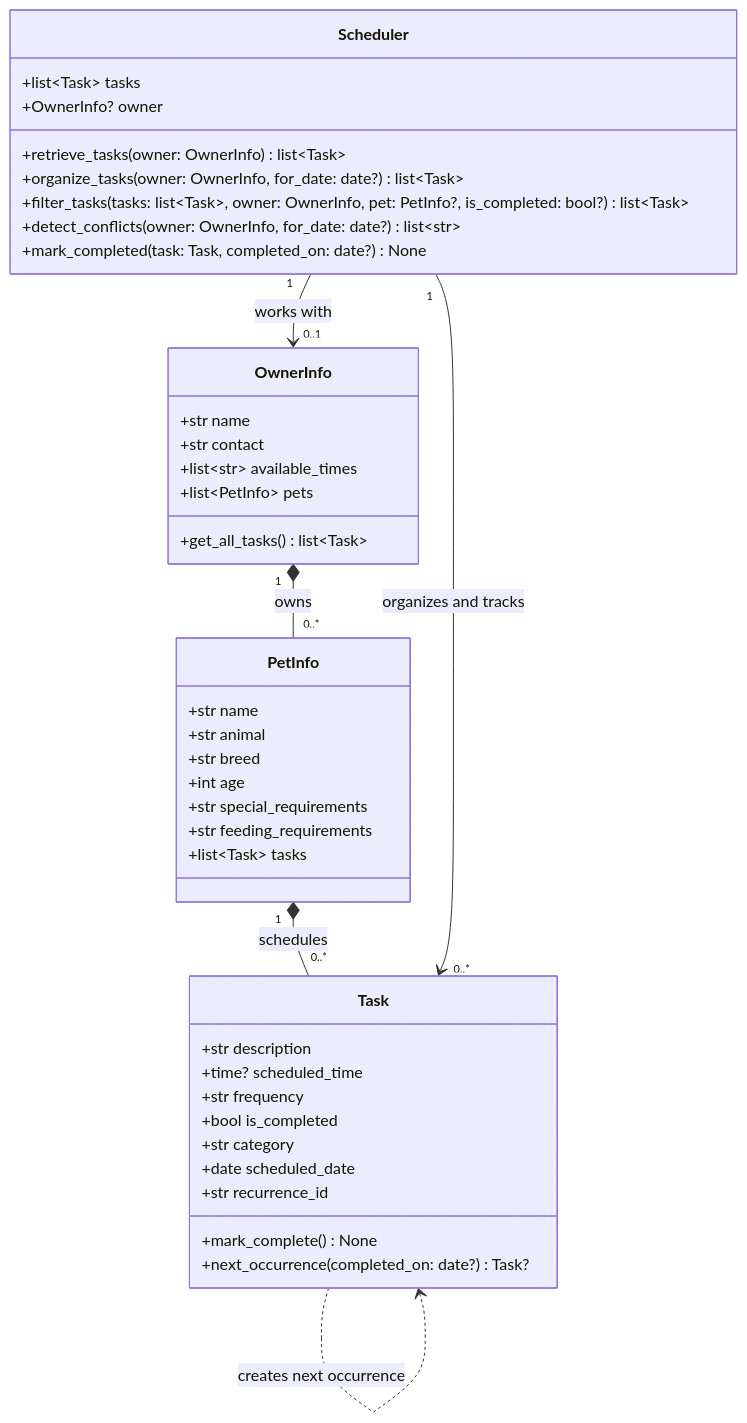
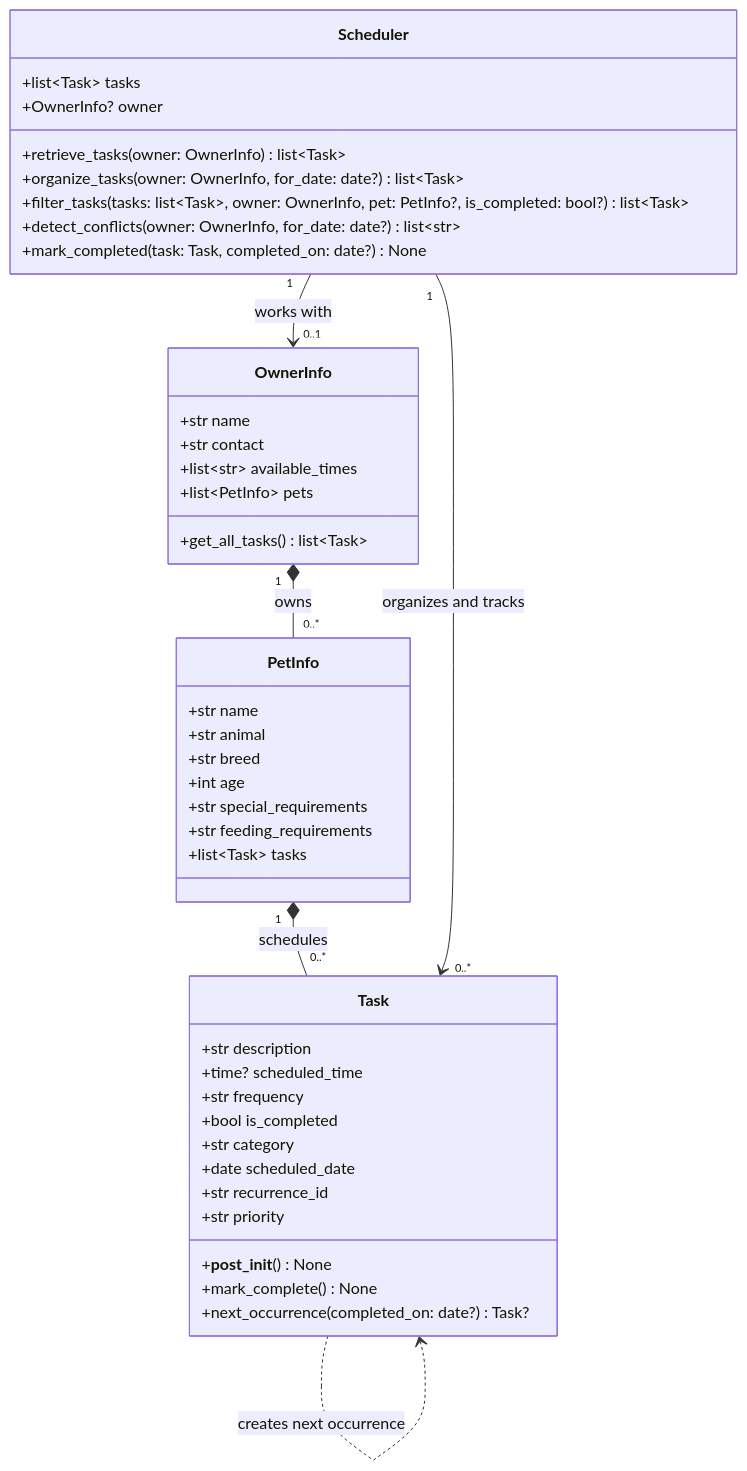
One commit to kimberlyong/ai110-module2show-pawpal-starter changed the diagram in diagrams/uml_final.mmd. Above: the diagram before and after it, drawn with Mermaid. The commit also changed 5 other files, not shown here.

```diff
--- a/diagrams/uml_final.mmd
+++ b/diagrams/uml_final.mmd
@@ -1,46 +1,48 @@
 classDiagram
     class Task {
         +str description
         +time? scheduled_time
         +str frequency
         +bool is_completed
         +str category
         +date scheduled_date
         +str recurrence_id
+        +str priority
+        +__post_init__() None
         +mark_complete() None
         +next_occurrence(completed_on: date?) Task?
     }
 
     class PetInfo {
         +str name
         +str animal
         +str breed
         +int age
         +str special_requirements
         +str feeding_requirements
         +list~Task~ tasks
     }
 
     class OwnerInfo {
         +str name
         +str contact
         +list~str~ available_times
         +list~PetInfo~ pets
         +get_all_tasks() list~Task~
     }
 
     class Scheduler {
         +list~Task~ tasks
         +OwnerInfo? owner
         +retrieve_tasks(owner: OwnerInfo) list~Task~
         +organize_tasks(owner: OwnerInfo, for_date: date?) list~Task~
         +filter_tasks(tasks: list~Task~, owner: OwnerInfo, pet: PetInfo?, is_completed: bool?) list~Task~
         +detect_conflicts(owner: OwnerInfo, for_date: date?) list~str~
         +mark_completed(task: Task, completed_on: date?) None
     }
 
     OwnerInfo "1" *-- "0..*" PetInfo : owns
     PetInfo "1" *-- "0..*" Task : schedules
     Scheduler "1" --> "0..1" OwnerInfo : works with
     Scheduler "1" --> "0..*" Task : organizes and tracks
     Task ..> Task : creates next occurrence
```
